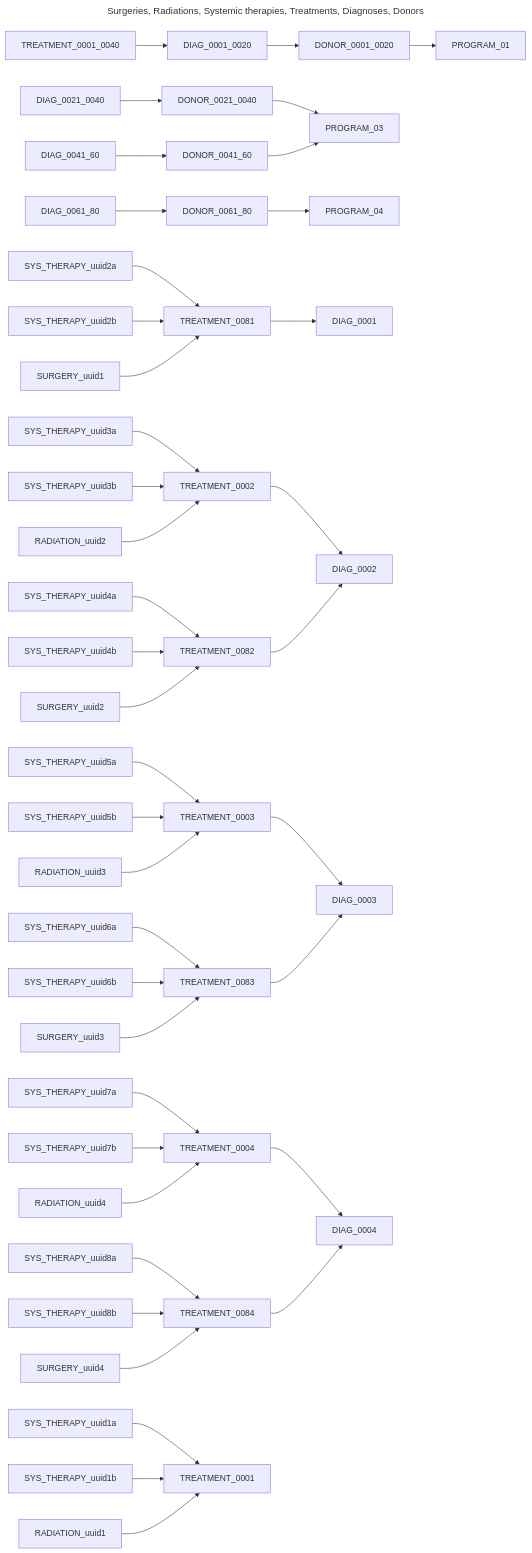
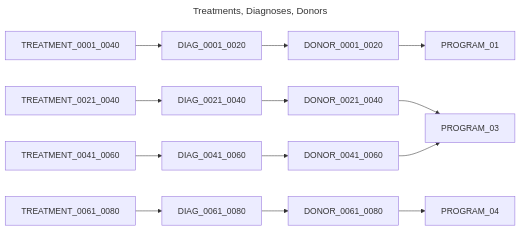
Before and after one commit to CanDIG/katsu: the third of 8 diagrams in chord_metadata_service/mohpackets/data/small_dataset/README.md, drawn with Mermaid. The commit also changed other lines of this file, not shown here.

````diff
--- a/chord_metadata_service/mohpackets/data/small_dataset/README.md
+++ b/chord_metadata_service/mohpackets/data/small_dataset/README.md
@@ -53,42 +53,14 @@
 ```mermaid
 ---
-title: Surgeries, Radiations, Systemic therapies, Treatments, Diagnoses, Donors
+title: Treatments, Diagnoses, Donors
 ---
 graph LR;  
   DIAG_0001_0020 --> DONOR_0001_0020 --> PROGRAM_01;  
   DIAG_0021_0040 --> DONOR_0021_0040 --> PROGRAM_03;  
-  DIAG_0041_60 --> DONOR_0041_60 --> PROGRAM_03;  
-  DIAG_0061_80 --> DONOR_0061_80 --> PROGRAM_04;
+  DIAG_0041_0060 --> DONOR_0041_0060 --> PROGRAM_03;  
+  DIAG_0061_0080 --> DONOR_0061_0080 --> PROGRAM_04;
   TREATMENT_0001_0040 --> DIAG_0001_0020;
-  TREATMENT_0081 --> DIAG_0001;  
-  TREATMENT_0002 --> DIAG_0002; 
-  TREATMENT_0082 --> DIAG_0002;  
-  TREATMENT_0003 --> DIAG_0003; 
-  TREATMENT_0083 --> DIAG_0003; 
-  TREATMENT_0004 --> DIAG_0004; 
-  TREATMENT_0084 --> DIAG_0004; 
-  SYS_THERAPY_uuid1a --> TREATMENT_0001;
-  SYS_THERAPY_uuid1b --> TREATMENT_0001;
-  SYS_THERAPY_uuid2a --> TREATMENT_0081;
-  SYS_THERAPY_uuid2b --> TREATMENT_0081;  
-  SYS_THERAPY_uuid3a --> TREATMENT_0002; 
-  SYS_THERAPY_uuid3b --> TREATMENT_0002; 
-  SYS_THERAPY_uuid4a --> TREATMENT_0082;  
-  SYS_THERAPY_uuid4b --> TREATMENT_0082;  
-  SYS_THERAPY_uuid5a --> TREATMENT_0003; 
-  SYS_THERAPY_uuid5b --> TREATMENT_0003; 
-  SYS_THERAPY_uuid6a --> TREATMENT_0083; 
-  SYS_THERAPY_uuid6b --> TREATMENT_0083; 
-  SYS_THERAPY_uuid7a --> TREATMENT_0004; 
-  SYS_THERAPY_uuid7b --> TREATMENT_0004; 
-  SYS_THERAPY_uuid8a --> TREATMENT_0084;
-  SYS_THERAPY_uuid8b --> TREATMENT_0084;
-  RADIATION_uuid1 --> TREATMENT_0001;
-  RADIATION_uuid2 --> TREATMENT_0002; 
-  RADIATION_uuid3 --> TREATMENT_0003;  
-  RADIATION_uuid4 --> TREATMENT_0004;  
-  SURGERY_uuid1 --> TREATMENT_0081;
-  SURGERY_uuid2 --> TREATMENT_0082; 
-  SURGERY_uuid3 --> TREATMENT_0083;  
-  SURGERY_uuid4 --> TREATMENT_0084;  
+  TREATMENT_0021_0040 --> DIAG_0021_0040;  
+  TREATMENT_0041_0060 --> DIAG_0041_0060; 
+  TREATMENT_0061_0080 --> DIAG_0061_0080;
 ```
````
